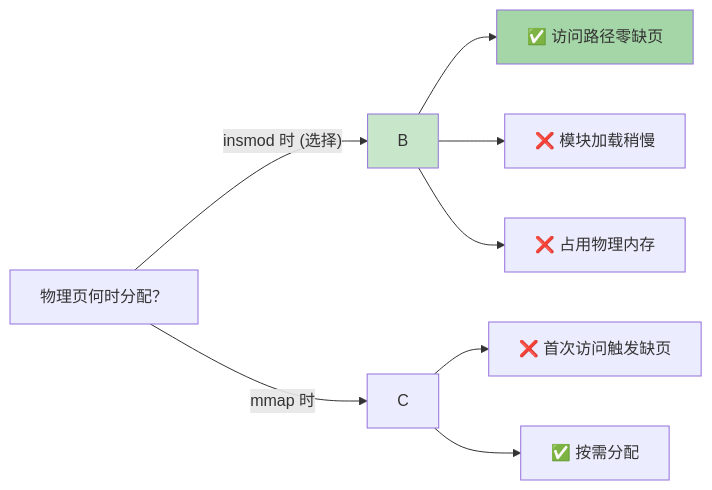
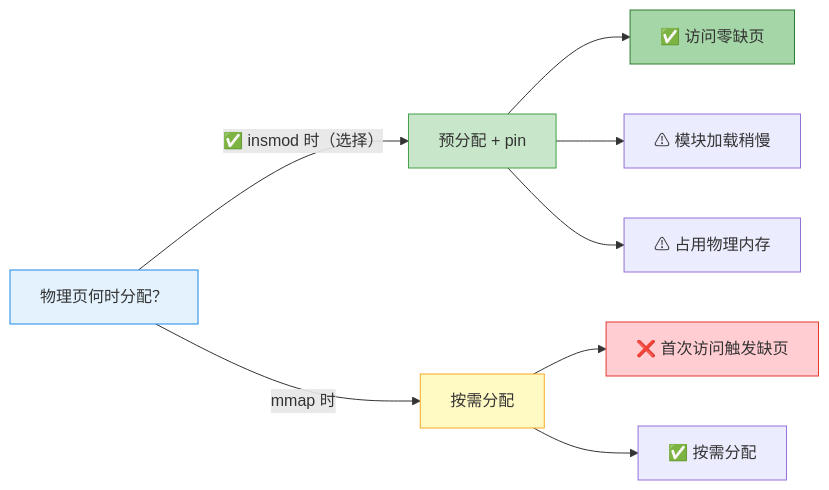
The sixth of 6 diagrams in README.md (leafxuzm/Zerofault), drawn with Mermaid before and after one commit. The commit also changed other lines of this file, not shown here.

First line of the commit message:
README: redesign with light/bright theme and Mermaid diagrams

````diff
--- a/README.md
+++ b/README.md
@@ -266,15 +286,18 @@
 ```mermaid
 flowchart LR
-    A[物理页何时分配？] -->|"insmod 时 (选择)"| B
-    A -->|mmap 时| C
+    A["物理页何时分配？"] -->|"✅ insmod 时（选择）"| B["预分配 + pin"]
+    A -->|"mmap 时"| C["按需分配"]
 
-    B --> B1[✅ 访问路径零缺页]
-    B --> B2[❌ 模块加载稍慢]
-    B --> B3[❌ 占用物理内存]
+    B --> B1["✅ 访问零缺页"]
+    B --> B2["⚠ 模块加载稍慢"]
+    B --> B3["⚠ 占用物理内存"]
 
-    C --> C1[❌ 首次访问触发缺页]
-    C --> C2[✅ 按需分配]
+    C --> C1["❌ 首次访问触发缺页"]
+    C --> C2["✅ 按需分配"]
 
-    style B fill:#c8e6c9
-    style B1 fill:#a5d6a7
+    style A fill:#e3f2fd,stroke:#1e88e5
+    style B fill:#c8e6c9,stroke:#43a047
+    style C fill:#fff9c4,stroke:#f9a825
+    style B1 fill:#a5d6a7,stroke:#2e7d32
+    style C1 fill:#ffcdd2,stroke:#e53935
 ```
````
